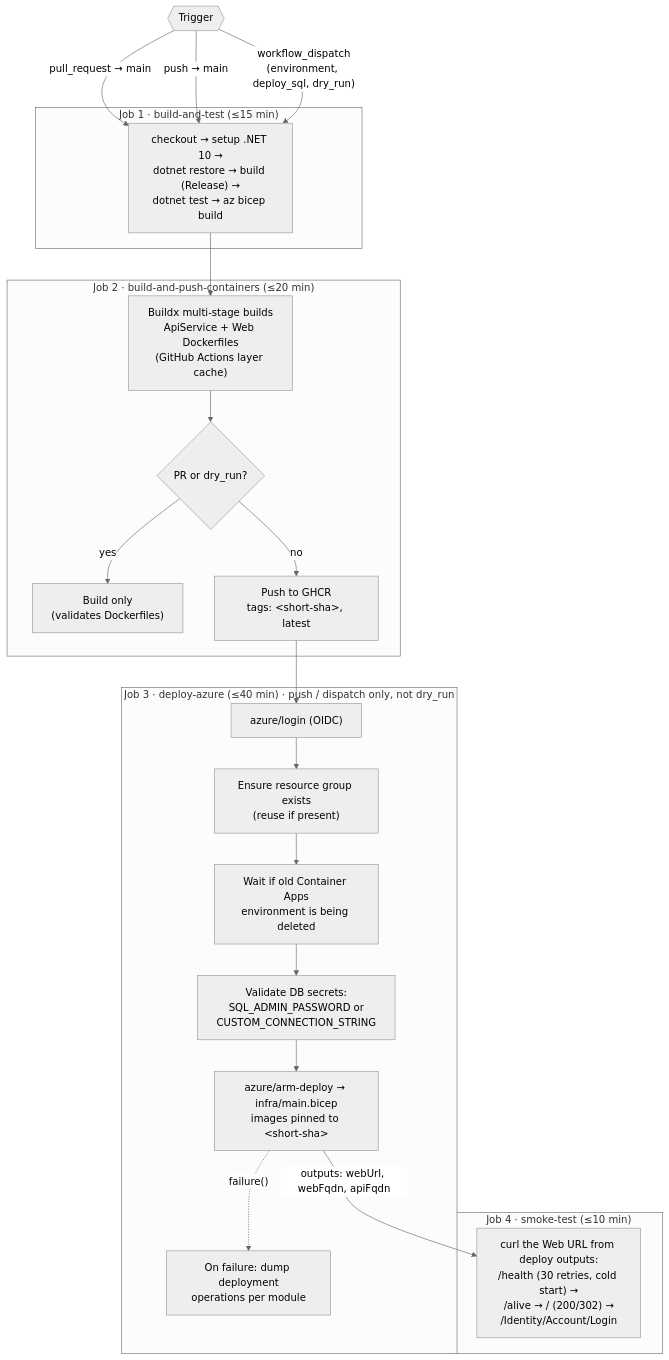
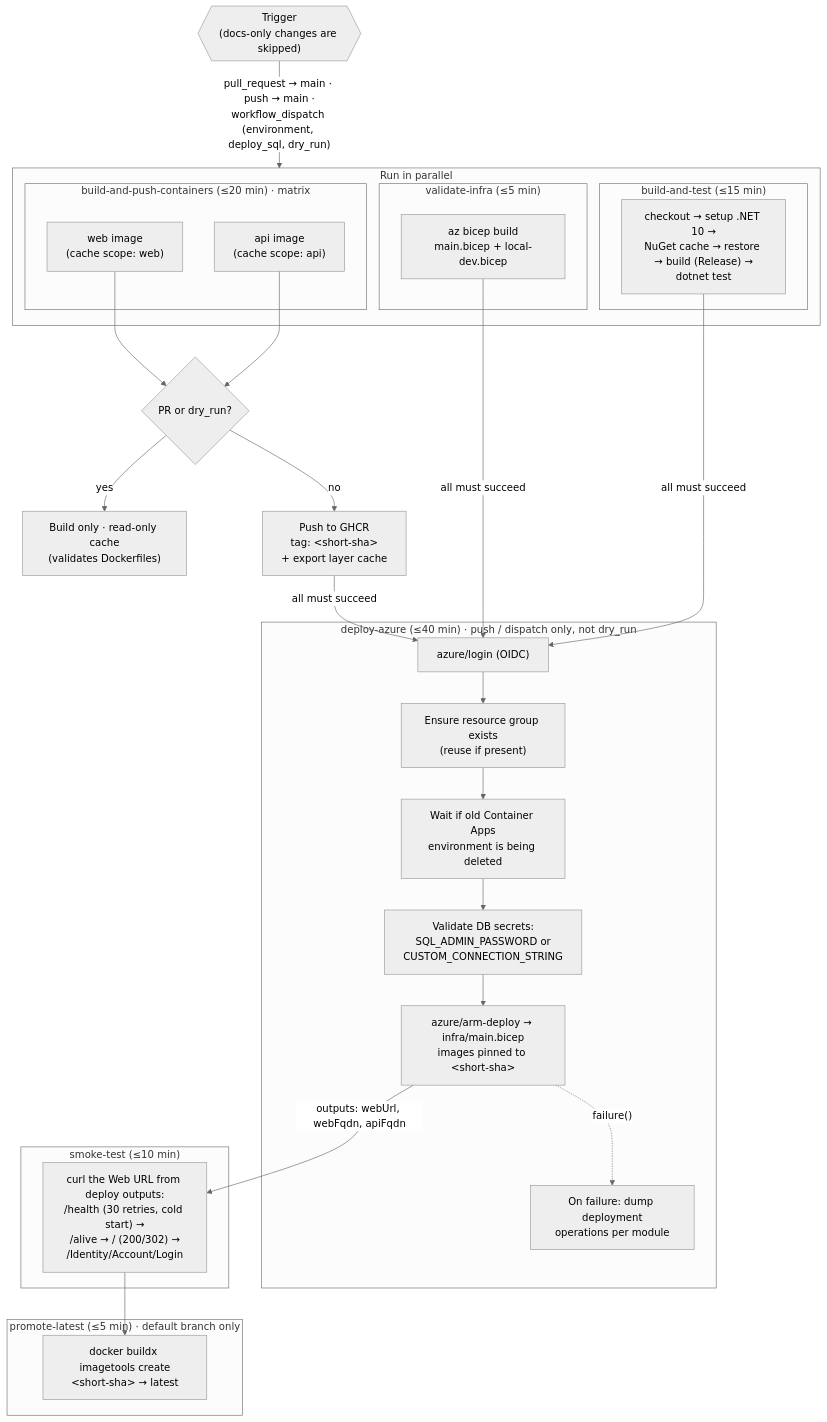
Before and after one commit to tngo0508/PersonalFinance: the third of 8 diagrams in deployment.md, drawn with Mermaid (neutral theme). The commit also changed other lines of this file and 5 other files, not shown here.

First line of the commit message:
Optimize CI/CD pipeline for speed and parallelism, add `promote-latest` job, and refine Docker builds

````diff
--- a/deployment.md
+++ b/deployment.md
@@ -104,38 +104,46 @@
 ```mermaid
 flowchart TD
-    trigger{{"Trigger"}}
-    trigger -->|"pull_request → main"| bt
-    trigger -->|"push → main"| bt
-    trigger -->|"workflow_dispatch<br/>(environment, deploy_sql, dry_run)"| bt
+    trigger{{"Trigger<br/>(docs-only changes are skipped)"}}
+    trigger -->|"pull_request → main · push → main ·<br/>workflow_dispatch (environment, deploy_sql, dry_run)"| parallel
 
-    subgraph job1["Job 1 · build-and-test (≤15 min)"]
-        bt["checkout → setup .NET 10 →<br/>dotnet restore → build (Release) →<br/>dotnet test → az bicep build"]
+    subgraph parallel["Run in parallel"]
+        subgraph job1["build-and-test (≤15 min)"]
+            bt["checkout → setup .NET 10 →<br/>NuGet cache → restore → build (Release) →<br/>dotnet test"]
+        end
+        subgraph job1b["validate-infra (≤5 min)"]
+            vi["az bicep build<br/>main.bicep + local-dev.bicep"]
+        end
+        subgraph job2["build-and-push-containers (≤20 min) · matrix"]
+            imgapi["api image<br/>(cache scope: api)"]
+            imgweb["web image<br/>(cache scope: web)"]
+        end
     end
 
-    subgraph job2["Job 2 · build-and-push-containers (≤20 min)"]
-        img["Buildx multi-stage builds<br/>ApiService + Web Dockerfiles<br/>(GitHub Actions layer cache)"]
-        push{"PR or dry_run?"}
-        img --> push
-        push -->|"yes"| nopush["Build only<br/>(validates Dockerfiles)"]
-        push -->|"no"| pushed["Push to GHCR<br/>tags: &lt;short-sha&gt;, latest"]
-    end
+    push{"PR or dry_run?"}
+    imgapi & imgweb --> push
+    push -->|"yes"| nopush["Build only · read-only cache<br/>(validates Dockerfiles)"]
+    push -->|"no"| pushed["Push to GHCR<br/>tag: &lt;short-sha&gt;<br/>+ export layer cache"]
 
-    subgraph job3["Job 3 · deploy-azure (≤40 min) · push / dispatch only, not dry_run"]
+    subgraph job3["deploy-azure (≤40 min) · push / dispatch only, not dry_run"]
         login["azure/login (OIDC)"]
         rg["Ensure resource group exists<br/>(reuse if present)"]
         wait["Wait if old Container Apps<br/>environment is being deleted"]
         val["Validate DB secrets:<br/>SQL_ADMIN_PASSWORD or<br/>CUSTOM_CONNECTION_STRING"]
         bicep["azure/arm-deploy → infra/main.bicep<br/>images pinned to &lt;short-sha&gt;"]
         diag["On failure: dump deployment<br/>operations per module"]
         login --> rg --> wait --> val --> bicep
         bicep -. "failure()" .-> diag
     end
 
-    subgraph job4["Job 4 · smoke-test (≤10 min)"]
+    subgraph job4["smoke-test (≤10 min)"]
         smoke["curl the Web URL from deploy outputs:<br/>/health (30 retries, cold start) →<br/>/alive → / (200/302) →<br/>/Identity/Account/Login"]
     end
 
-    bt --> img
-    pushed --> login
+    subgraph job5["promote-latest (≤5 min) · default branch only"]
+        latest["docker buildx imagetools create<br/>&lt;short-sha&gt; → latest"]
+    end
+
+    bt & vi & pushed -->|"all must succeed"| login
     bicep -->|"outputs: webUrl, webFqdn, apiFqdn"| smoke
+    smoke --> latest
 ```
````
